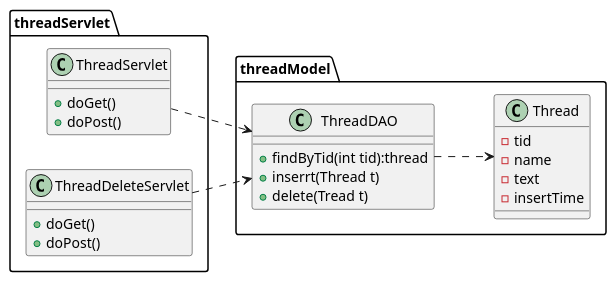
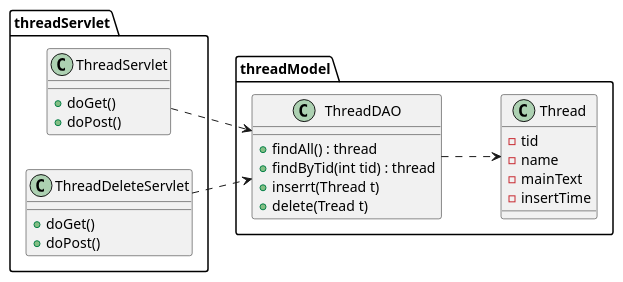
The diagram in uml/class_thread.pu (R-Nakagawa87/WebExample), drawn with PlantUML before and after one commit. The commit also changed 10 other files, not shown here.

```diff
--- a/uml/class_thread.pu
+++ b/uml/class_thread.pu
@@ -1,37 +1,38 @@
 @startuml
 left to right direction
 
 package threadServlet{
 	class ThreadServlet{
 		+doGet()
 		+doPost()
 	}
 
 	class ThreadDeleteServlet{
 		+doGet()
 		+doPost()
 	}
 }
 
 package threadModel{
 	class Thread{
 		-tid
 		-name
-		-text
+		-mainText
 		-insertTime
 	}
 
 	class ThreadDAO{
-		+findByTid(int tid):thread
+		+findAll() : thread
+		+findByTid(int tid) : thread
 		+inserrt(Thread t)
 		+delete(Tread t)
 	}
 
 
 	ThreadServlet ..> ThreadDAO
 	ThreadDeleteServlet ..> ThreadDAO
 
 	ThreadDAO ..> Thread
 }
 
 @enduml
```
